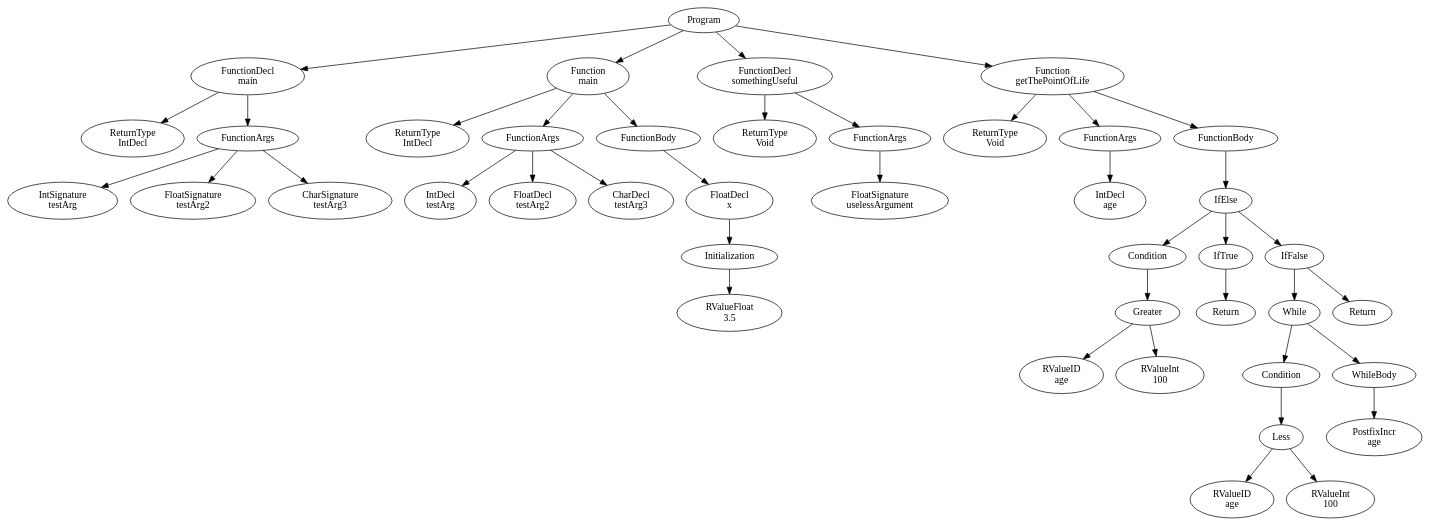
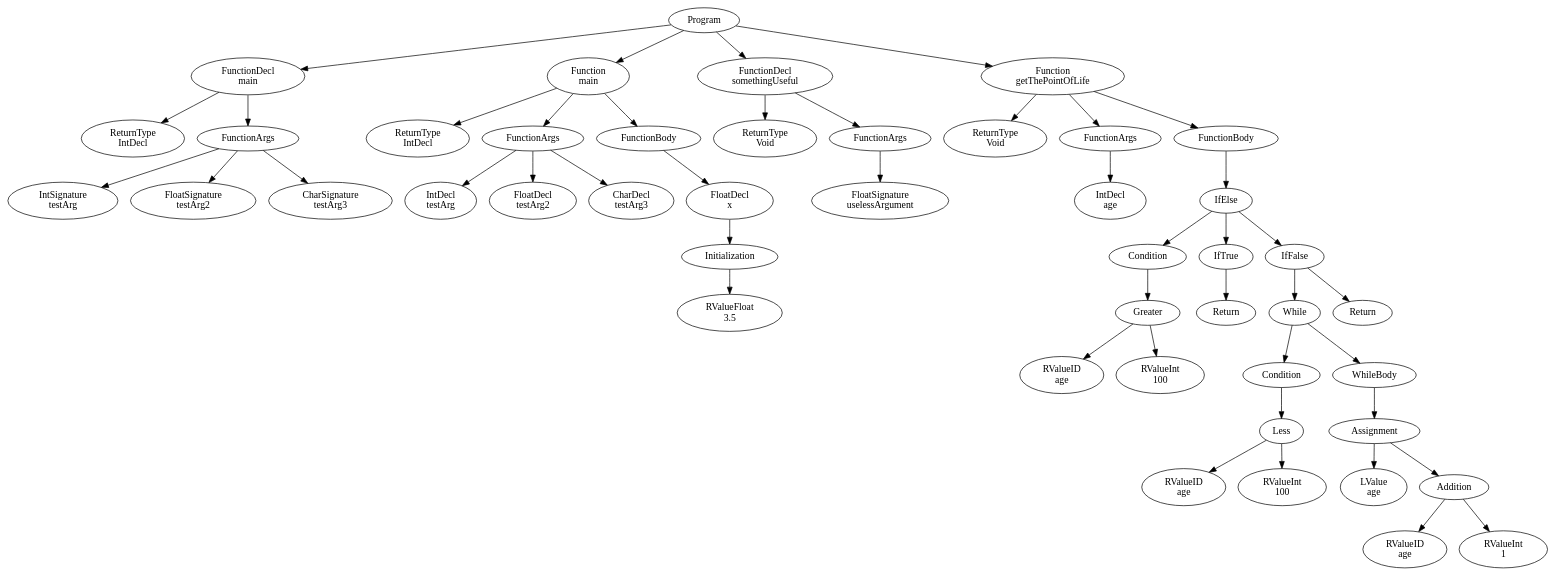
One commit to FedericoQuin/Compilers changed the diagram in official/res/solutions/functions.dot. Above: the diagram before and after it, drawn with Graphviz. The commit also changed 30 other files, not shown here.

```diff
--- a/official/res/solutions/functions.dot
+++ b/official/res/solutions/functions.dot
@@ -1,85 +1,93 @@
 digraph AST {
 4 [label="Program"];
 5 [label="FunctionDecl \nmain"];
 6 [label="ReturnType \nIntDecl"];
 7 [label="FunctionArgs"];
 8 [label="IntSignature \ntestArg"];
 9 [label="FloatSignature \ntestArg2"];
 10 [label="CharSignature \ntestArg3"];
 7 -> 8;
 7 -> 9;
 7 -> 10;
 5 -> 6;
 5 -> 7;
 11 [label="Function \nmain"];
 12 [label="ReturnType \nIntDecl"];
 13 [label="FunctionArgs"];
 14 [label="IntDecl \ntestArg"];
 15 [label="FloatDecl \ntestArg2"];
 16 [label="CharDecl \ntestArg3"];
 13 -> 14;
 13 -> 15;
 13 -> 16;
 17 [label="FunctionBody"];
 18 [label="FloatDecl \nx"];
 19 [label="Initialization"];
 20 [label="RValueFloat \n3.5"];
 19 -> 20;
 18 -> 19;
 17 -> 18;
 11 -> 12;
 11 -> 13;
 11 -> 17;
 21 [label="FunctionDecl \nsomethingUseful"];
 22 [label="ReturnType \nVoid"];
 23 [label="FunctionArgs"];
 24 [label="FloatSignature \nuselessArgument"];
 23 -> 24;
 21 -> 22;
 21 -> 23;
 25 [label="Function \ngetThePointOfLife"];
 26 [label="ReturnType \nVoid"];
 27 [label="FunctionArgs"];
 28 [label="IntDecl \nage"];
 27 -> 28;
 29 [label="FunctionBody"];
 30 [label="IfElse"];
 31 [label="Condition"];
 32 [label="Greater"];
 33 [label="RValueID \nage"];
 34 [label="RValueInt \n100"];
 32 -> 33;
 32 -> 34;
 31 -> 32;
 35 [label="IfTrue"];
 36 [label="Return"];
 35 -> 36;
 37 [label="IfFalse"];
 38 [label="While"];
 39 [label="Condition"];
 40 [label="Less"];
 41 [label="RValueID \nage"];
 42 [label="RValueInt \n100"];
 40 -> 41;
 40 -> 42;
 39 -> 40;
 43 [label="WhileBody"];
-44 [label="PostfixIncr \nage"];
+44 [label="Assignment"];
+45 [label="LValue \nage"];
+46 [label="Addition"];
+47 [label="RValueID \nage"];
+48 [label="RValueInt \n1"];
+46 -> 47;
+46 -> 48;
+44 -> 45;
+44 -> 46;
 43 -> 44;
 38 -> 39;
 38 -> 43;
-45 [label="Return"];
+49 [label="Return"];
 37 -> 38;
-37 -> 45;
+37 -> 49;
 30 -> 31;
 30 -> 35;
 30 -> 37;
 29 -> 30;
 25 -> 26;
 25 -> 27;
 25 -> 29;
 4 -> 5;
 4 -> 11;
 4 -> 21;
 4 -> 25;
 }
```
